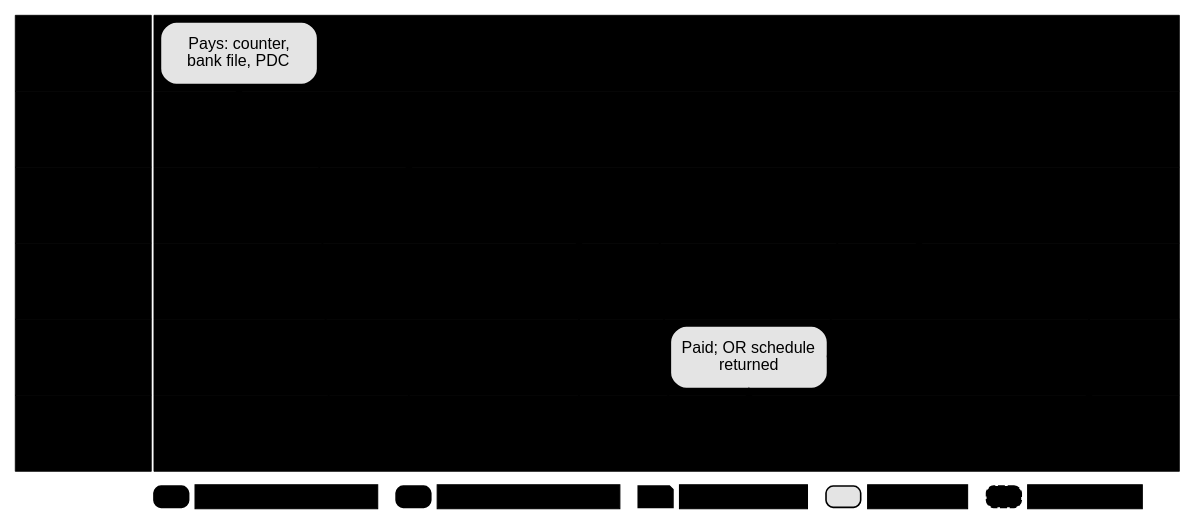
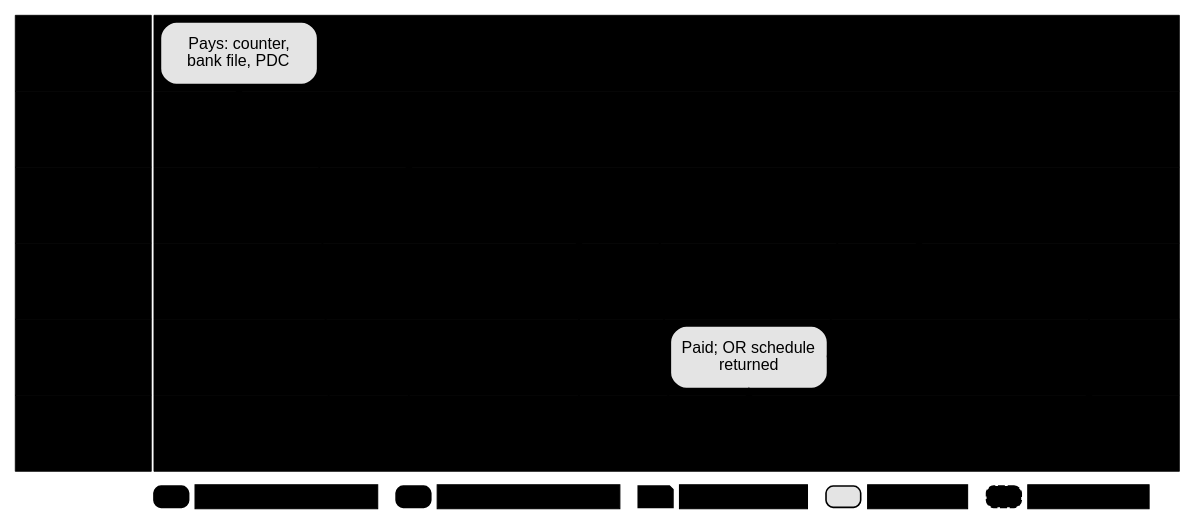
One commit to IortaTexhNXT-DEV/FinVerse changed the diagram in docs/deliverables/src/decks/figures/brd02_envisioned.dot. Above: the diagram before and after it, drawn with Graphviz. The commit also changed 43 other files, not shown here.

Commit message:
Business process deck: FRS status and sign-off roadmap instead of build status; rebuilt deck and figures

```diff
--- a/docs/deliverables/src/decks/figures/brd02_envisioned.dot
+++ b/docs/deliverables/src/decks/figures/brd02_envisioned.dot
@@ -1,55 +1,55 @@
 // BRD-2 Operations: envisioned swimlane in BIBS. Life of a booked invoice in BIBS: Cashiering, Remittance, Reconciliation, Adjustment, Commission (FRS BRD-2 section 2.2)
 // Generated by docs/deliverables/src/decks/build_process_deck.py from the YAML in
 // process_deck/; edit the YAML and rebuild. Colour tokens are replaced at render time.
 digraph brd02_envisioned {
   graph [layout=neato, inputscale=72, splines=line, overlap=true, outputorder=nodesfirst, bgcolor="white", pad=0.05, fontname="Arial"];
   node [fontname="Arial"];
   edge [fontname="Arial"];
   c0 [pos="0,0!", shape=point, width=0.01, style=invis];
   c1 [pos="873.0,372.0!", shape=point, width=0.01, style=invis];
   r1 [pos="488.5,343.5!", shape=box, style="filled", fillcolor="@DIRTY_WHITE", color="@BORDER", penwidth=0.6, width=10.681, height=0.792, fixedsize=true, margin="0.03,0.02", label=""];
   r2 [pos="51.0,343.5!", shape=box, style="filled", fillcolor="@MUTED", color="@WHITE", penwidth=0.6, width=1.417, height=0.792, fixedsize=true, margin="0.03,0.02", label=<<font point-size="11.5" color="@WHITE"><b>Clients, banks</b></font>>];
   r3 [pos="488.5,286.5!", shape=box, style="filled", fillcolor="@WHITE", color="@BORDER", penwidth=0.6, width=10.681, height=0.792, fixedsize=true, margin="0.03,0.02", label=""];
   r4 [pos="51.0,286.5!", shape=box, style="filled", fillcolor="@HEADER_BLUE", color="@WHITE", penwidth=0.6, width=1.417, height=0.792, fixedsize=true, margin="0.03,0.02", label=<<font point-size="11.5" color="@WHITE"><b>Cashiering</b></font>>];
   r5 [pos="488.5,229.5!", shape=box, style="filled", fillcolor="@WHITE", color="@BORDER", penwidth=0.6, width=10.681, height=0.792, fixedsize=true, margin="0.03,0.02", label=""];
   r6 [pos="51.0,229.5!", shape=box, style="filled", fillcolor="@HEADER_BLUE", color="@WHITE", penwidth=0.6, width=1.417, height=0.792, fixedsize=true, margin="0.03,0.02", label=<<font point-size="11.5" color="@WHITE"><b>Remittance,<br/>Recon</b></font>>];
   r7 [pos="488.5,172.5!", shape=box, style="filled", fillcolor="@WHITE", color="@BORDER", penwidth=0.6, width=10.681, height=0.792, fixedsize=true, margin="0.03,0.02", label=""];
   r8 [pos="51.0,172.5!", shape=box, style="filled", fillcolor="@HEADER_BLUE", color="@WHITE", penwidth=0.6, width=1.417, height=0.792, fixedsize=true, margin="0.03,0.02", label=<<font point-size="11.5" color="@WHITE"><b>Adjustment,<br/>Commission</b></font>>];
   r9 [pos="488.5,115.5!", shape=box, style="filled", fillcolor="@DIRTY_WHITE", color="@BORDER", penwidth=0.6, width=10.681, height=0.792, fixedsize=true, margin="0.03,0.02", label=""];
   r10 [pos="51.0,115.5!", shape=box, style="filled", fillcolor="@MUTED", color="@WHITE", penwidth=0.6, width=1.417, height=0.792, fixedsize=true, margin="0.03,0.02", label=<<font point-size="11.5" color="@WHITE"><b>Insurers</b></font>>];
   r11 [pos="488.5,58.5!", shape=box, style="filled", fillcolor="@BG_BLUE", color="@BORDER", penwidth=0.6, width=10.681, height=0.792, fixedsize=true, margin="0.03,0.02", label=""];
   r12 [pos="51.0,58.5!", shape=box, style="filled", fillcolor="@CTA_BLUE", color="@WHITE", penwidth=0.6, width=1.417, height=0.792, fixedsize=true, margin="0.03,0.02", label=<<font point-size="11.5" color="@WHITE"><b>BIBS<br/>(automatic)</b></font>>];
   b1 [pos="167.8,343.5!", shape=box, style="rounded,filled", fillcolor="#E4E4E4", color="@MUTED", penwidth=1.3, width=1.632, height=0.653, fixedsize=true, margin="0.03,0.02", label=<<font point-size="12" color="@NEAR_BLACK">Pays: counter,<br/>bank file, PDC</font>>];
   b2 [pos="167.8,286.5!", shape=box, style="rounded,filled", fillcolor="@BG_BLUE", color="@CTA_BLUE", penwidth=1.3, width=1.632, height=0.653, fixedsize=true, margin="0.03,0.02", label=<<font point-size="11.0" color="@NEAR_BLACK">AR from branch<br/>series; bank file<br/>upload</font>>];
   b3 [pos="295.2,58.5!", shape=box, style="rounded,filled", fillcolor="@CTA_BLUE", color="@CTA_BLUE", penwidth=1.3, width=1.632, height=0.653, fixedsize=true, margin="0.03,0.02", label=<<font point-size="11.0" color="@WHITE"><b>Matched to<br/>invoice; applied<br/>by component</b></font>>];
   b4 [pos="295.2,286.5!", shape=box, style="rounded,filled", fillcolor="@BG_BLUE", color="@CTA_BLUE", penwidth=1.3, width=1.632, height=0.653, fixedsize=true, margin="0.03,0.02", label=<<font point-size="11.0" color="@NEAR_BLACK">Unapplied<br/>workbench: apply,<br/>refund</font>>];
   b5 [pos="422.8,58.5!", shape=box, style="rounded,filled", fillcolor="@CTA_BLUE", color="@CTA_BLUE", penwidth=1.3, width=1.632, height=0.653, fixedsize=true, margin="0.03,0.02", label=<<font point-size="11.0" color="@WHITE"><b>Scheduled<br/>extraction into<br/>batches</b></font>>];
   b6 [pos="422.8,229.5!", shape=box, style="rounded,filled", fillcolor="@BG_BLUE", color="@CTA_BLUE", penwidth=1.3, width=1.632, height=0.653, fixedsize=true, margin="0.03,0.02", label=<<font point-size="12" color="@NEAR_BLACK">Batch reviewed; TL<br/>approves</font>>];
   b7 [pos="550.2,58.5!", shape=box, style="rounded,filled", fillcolor="@CTA_BLUE", color="@CTA_BLUE", penwidth=1.3, width=1.632, height=0.653, fixedsize=true, margin="0.03,0.02", label=<<font point-size="11.0" color="@WHITE"><b>Commission OR;<br/>payment request,<br/>DV</b></font>>];
   b8 [pos="550.2,115.5!", shape=box, style="rounded,filled", fillcolor="#E4E4E4", color="@MUTED", penwidth=1.3, width=1.632, height=0.653, fixedsize=true, margin="0.03,0.02", label=<<font point-size="12" color="@NEAR_BLACK">Paid; OR schedule<br/>returned</font>>];
   b9 [pos="677.8,229.5!", shape=box, style="rounded,filled", fillcolor="@BG_BLUE", color="@CTA_BLUE", penwidth=1.3, width=1.632, height=0.653, fixedsize=true, margin="0.03,0.02", label=<<font point-size="12" color="@NEAR_BLACK">Insurer feedback<br/>matched (1.00)</font>>];
   b10 [pos="677.8,172.5!", shape=box, style="rounded,filled", fillcolor="@BG_BLUE", color="@CTA_BLUE", penwidth=1.3, width=1.632, height=0.653, fixedsize=true, margin="0.03,0.02", label=<<font point-size="11.0" color="@NEAR_BLACK">Endorsement<br/>recomputed and<br/>approved</font>>];
   b11 [pos="805.2,172.5!", shape=box, style="rounded,filled", fillcolor="@BG_BLUE", color="@CTA_BLUE", penwidth=1.3, width=1.632, height=0.653, fixedsize=true, margin="0.03,0.02", label=<<font point-size="11.0" color="@NEAR_BLACK">DP billed per<br/>insurer; 10-day SLA</font>>];
   b12 [pos="805.2,58.5!", shape=note, style="filled", fillcolor="@WHITE", color="@CTA_BLUE", penwidth=1.3, width=1.632, height=0.653, fixedsize=true, margin="0.03,0.02", label=<<font point-size="12" color="@NEAR_BLACK">Reports and<br/>exports by users</font>>];
   r13 [pos="117.0,11.0!", shape=box, style="rounded,filled", fillcolor="@BG_BLUE", color="@CTA_BLUE", penwidth=1.2, width=0.361, height=0.222, fixedsize=true, margin="0.03,0.02", label=""];
   r14 [pos="203.3,11.0!", shape=box, style="filled", fillcolor="@WHITE", color="@WHITE", penwidth=0.8, width=1.897, height=0.250, fixedsize=true, margin="0.03,0.02", label=<<font point-size="10.5" color="@TEXT">BDOI user on a BIBS screen</font>>];
   r15 [pos="298.6,11.0!", shape=box, style="rounded,filled", fillcolor="@CTA_BLUE", color="@CTA_BLUE", penwidth=1.2, width=0.361, height=0.222, fixedsize=true, margin="0.03,0.02", label=""];
   r16 [pos="384.9,11.0!", shape=box, style="filled", fillcolor="@WHITE", color="@WHITE", penwidth=0.8, width=1.897, height=0.250, fixedsize=true, margin="0.03,0.02", label=<<font point-size="10.5" color="@TEXT">BIBS does it automatically</font>>];
   r17 [pos="480.2,11.0!", shape=note, style="filled", fillcolor="@WHITE", color="@CTA_BLUE", penwidth=1.2, width=0.361, height=0.222, fixedsize=true, margin="0.03,0.02", label=""];
   r18 [pos="546.1,11.0!", shape=box, style="filled", fillcolor="@WHITE", color="@WHITE", penwidth=0.8, width=1.331, height=0.250, fixedsize=true, margin="0.03,0.02", label=<<font point-size="10.5" color="@TEXT">Document or notice</font>>];
   r19 [pos="621.0,11.0!", shape=box, style="rounded,filled", fillcolor="#E4E4E4", color="@MUTED", penwidth=1.2, width=0.361, height=0.222, fixedsize=true, margin="0.03,0.02", label=""];
   r20 [pos="676.7,11.0!", shape=box, style="filled", fillcolor="@WHITE", color="@WHITE", penwidth=0.8, width=1.047, height=0.250, fixedsize=true, margin="0.03,0.02", label=<<font point-size="10.5" color="@TEXT">External party</font>>];
   r21 [pos="741.4,11.0!", shape=box, style="rounded,filled,dashed", fillcolor="@WHITE", color="@MUTED", penwidth=1.2, width=0.361, height=0.222, fixedsize=true, margin="0.03,0.02", label=""];
-  r22 [pos="802.2,11.0!", shape=box, style="filled", fillcolor="@WHITE", color="@WHITE", penwidth=0.8, width=1.189, height=0.250, fixedsize=true, margin="0.03,0.02", label=<<font point-size="10.5" color="@TEXT">Parked interface</font>>];
+  r22 [pos="804.8,11.0!", shape=box, style="filled", fillcolor="@WHITE", color="@WHITE", penwidth=0.8, width=1.260, height=0.250, fixedsize=true, margin="0.03,0.02", label=<<font point-size="10.5" color="@TEXT">Interface on hold</font>>];
   b1 -> b2 [color="@HEADER_BLUE", style=solid, penwidth=1.3, arrowsize=0.7, tailport=s, headport=n];
   b2 -> b3 [color="@HEADER_BLUE", style=solid, penwidth=1.3, arrowsize=0.7, tailport=e, headport=w];
   b3 -> b4 [color="@MUTED", style=dashed, penwidth=1.3, arrowsize=0.7, tailport=n, headport=s, label=<<font point-size="10" color="@MUTED">unmatched</font>>];
   b3 -> b5 [color="@HEADER_BLUE", style=solid, penwidth=1.3, arrowsize=0.7, tailport=e, headport=w];
   b5 -> b6 [color="@HEADER_BLUE", style=solid, penwidth=1.3, arrowsize=0.7, tailport=n, headport=s];
   b6 -> b7 [color="@HEADER_BLUE", style=solid, penwidth=1.3, arrowsize=0.7, tailport=e, headport=w];
   b7 -> b8 [color="@HEADER_BLUE", style=solid, penwidth=1.3, arrowsize=0.7, tailport=n, headport=s];
   b8 -> b9 [color="@MUTED", style=dashed, penwidth=1.3, arrowsize=0.7, tailport=e, headport=w, label=<<font point-size="10" color="@MUTED">upload</font>>];
   b9 -> b10 [color="@HEADER_BLUE", style=solid, penwidth=1.3, arrowsize=0.7, tailport=s, headport=n];
   b10 -> b11 [color="@HEADER_BLUE", style=solid, penwidth=1.3, arrowsize=0.7, tailport=e, headport=w];
   b11 -> b12 [color="@HEADER_BLUE", style=solid, penwidth=1.3, arrowsize=0.7, tailport=s, headport=n];
 }
```
